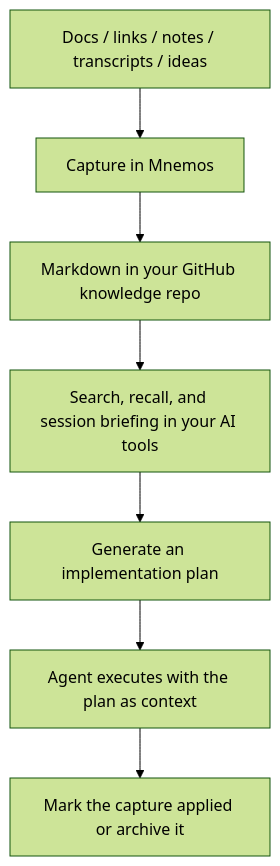
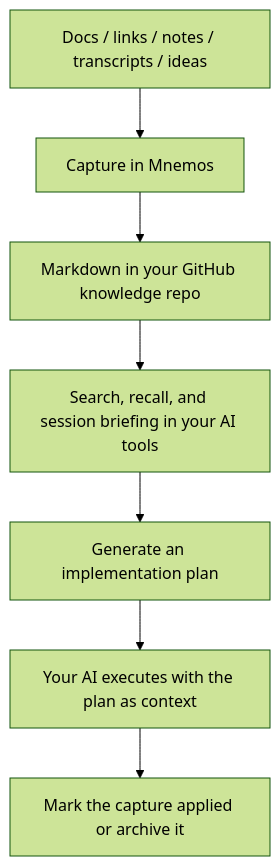
One commit to Soph20/mnemos-capture changed the diagram in README.md. Above: the diagram before and after it, drawn with Mermaid (forest theme). The commit also changed other lines of this file, not shown here.

````diff
--- a/README.md
+++ b/README.md
@@ -181,9 +163,9 @@
 ```mermaid
 flowchart TD
     A["Docs / links / notes / transcripts / ideas"] --> B["Capture in Mnemos"]
     B --> C["Markdown in your GitHub knowledge repo"]
     C --> D["Search, recall, and session briefing in your AI tools"]
     D --> E["Generate an implementation plan"]
-    E --> F["Agent executes with the plan as context"]
+    E --> F["Your AI executes with the plan as context"]
     F --> G["Mark the capture applied or archive it"]
 ```
````
